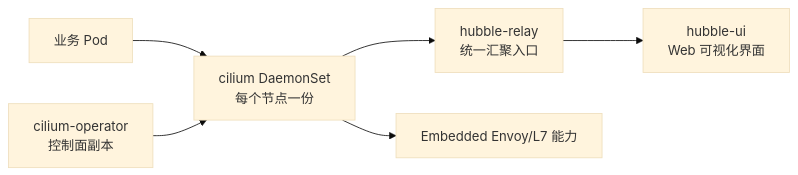
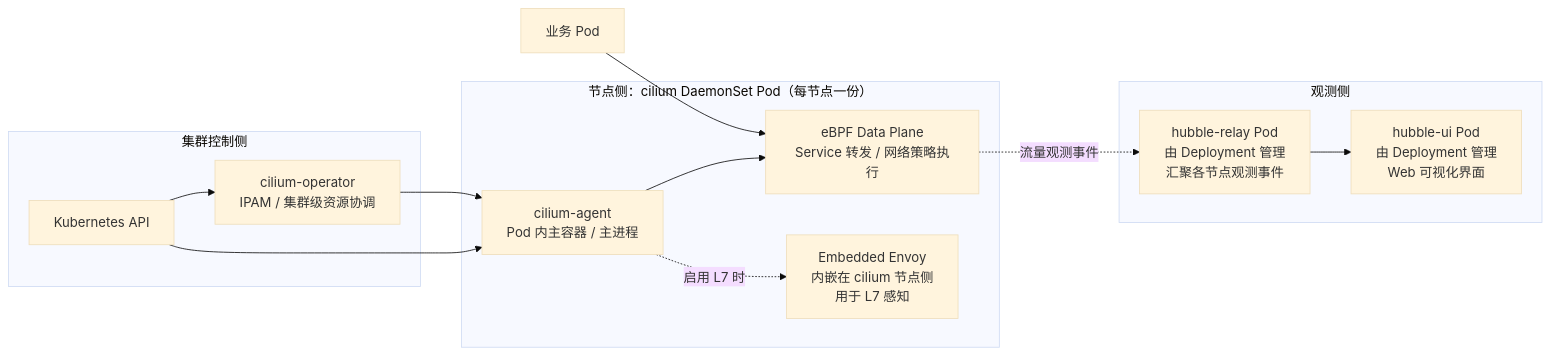
Before and after one commit to hwang-protocol/docker_k8s_2026: the second of 6 diagrams in k8s/02-cloud-native-networking/docs/03_install_cilium.md, drawn with Mermaid (base theme). The commit also changed other lines of this file, not shown here.

````diff
--- a/k8s/02-cloud-native-networking/docs/03_install_cilium.md
+++ b/k8s/02-cloud-native-networking/docs/03_install_cilium.md
@@ -77,15 +51,31 @@
 ```mermaid
 flowchart LR
-  pods[业务 Pod]
-  ciliumds[cilium DaemonSet<br/>每个节点一份]
-  operator[cilium-operator<br/>控制面副本]
-  relay[hubble-relay<br/>统一汇聚入口]
-  ui[hubble-ui<br/>Web 可视化界面]
-  envoy[Embedded Envoy/L7 能力]
+  pod[业务 Pod]
 
-  pods --> ciliumds
-  ciliumds --> relay
+  subgraph node["节点侧：cilium DaemonSet Pod（每节点一份）"]
+    agent[cilium-agent<br/>Pod 内主容器 / 主进程]
+    bpf[eBPF Data Plane<br/>Service 转发 / 网络策略执行]
+    envoy[Embedded Envoy<br/>内嵌在 cilium 节点侧<br/>用于 L7 感知]
+
+    agent --> bpf
+    agent -. 启用 L7 时 .-> envoy
+  end
+
+  subgraph control["集群控制侧"]
+    operator[cilium-operator<br/>IPAM / 集群级资源协调]
+    api[Kubernetes API]
+  end
+
+  subgraph observe["观测侧"]
+    relay[hubble-relay Pod<br/>由 Deployment 管理<br/>汇聚各节点观测事件]
+    ui[hubble-ui Pod<br/>由 Deployment 管理<br/>Web 可视化界面]
+  end
+
+  pod --> bpf
+
+  api --> operator
+  api --> agent
+  operator --> agent
+  bpf -. 流量观测事件 .-> relay
   relay --> ui
-  operator --> ciliumds
-  ciliumds --> envoy
 ```
````
